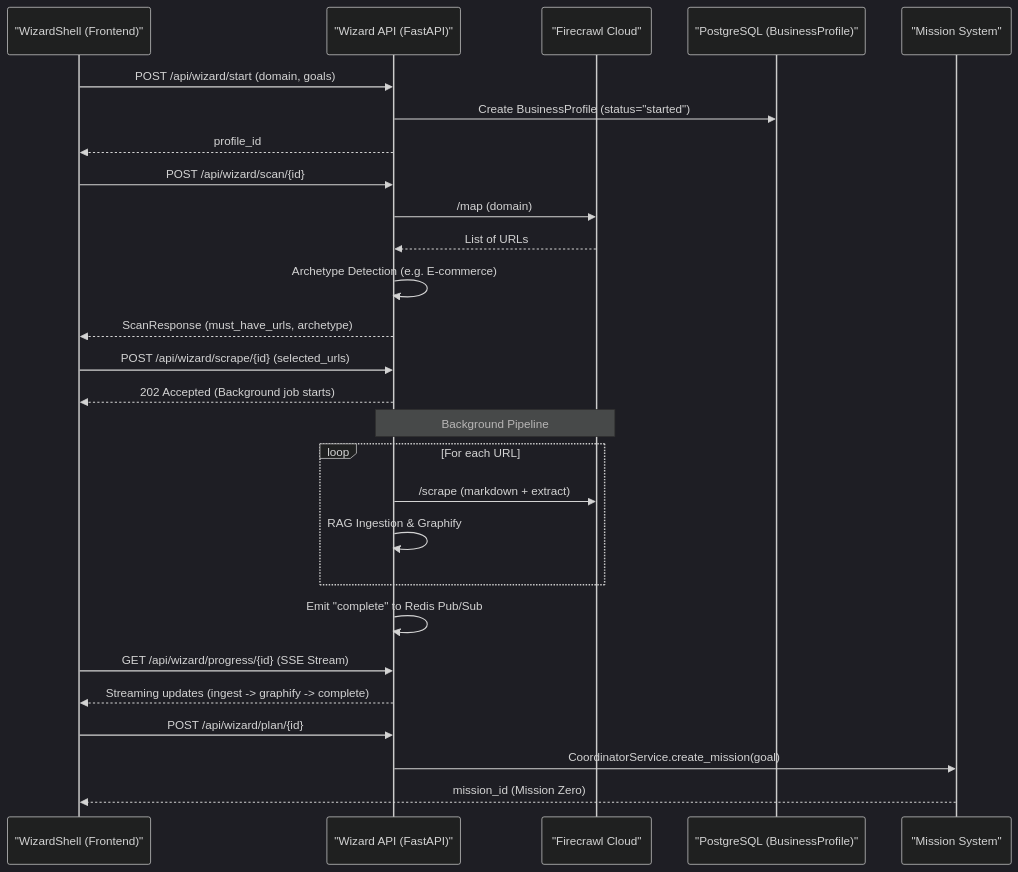
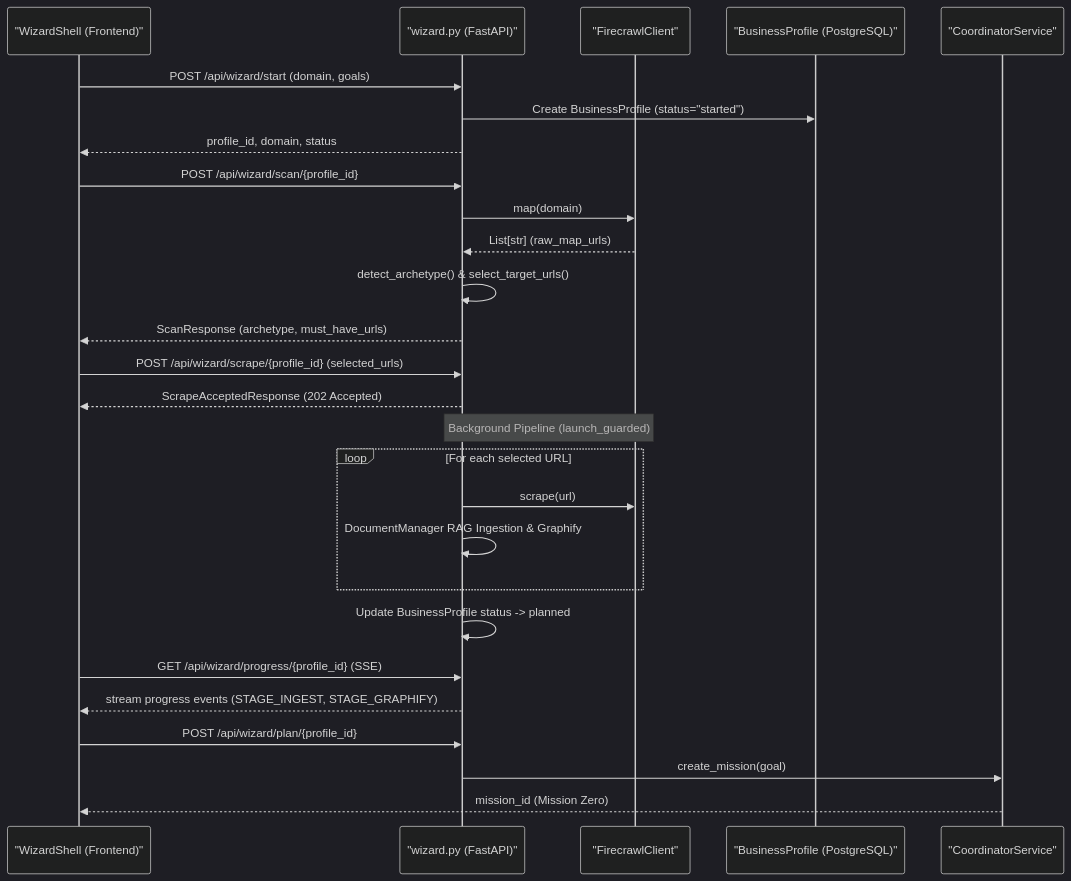
One commit to AutomatosAI/automatos-ai changed the first of 2 diagrams in docs/getting-started/business-intake-wizard.md. Above: the diagram before and after it, drawn with Mermaid (dark theme). The commit also changed other lines of this file and 191 other files, not shown here.

````diff
--- a/docs/getting-started/business-intake-wizard.md
+++ b/docs/getting-started/business-intake-wizard.md
@@ -63,35 +46,35 @@
 ```mermaid
 sequenceDiagram
     participant UI as "WizardShell (Frontend)"
-    participant API as "Wizard API (FastAPI)"
-    participant FC as "Firecrawl Cloud"
-    participant DB as "PostgreSQL (BusinessProfile)"
-    participant MS as "Mission System"
+    participant API as "wizard.py (FastAPI)"
+    participant FC as "FirecrawlClient"
+    participant DB as "BusinessProfile (PostgreSQL)"
+    participant MS as "CoordinatorService"
 
     UI->>API: POST /api/wizard/start (domain, goals)
     API->>DB: Create BusinessProfile (status="started")
-    API-->>UI: profile_id
+    API-->>UI: profile_id, domain, status
 
-    UI->>API: POST /api/wizard/scan/{id}
-    API->>FC: /map (domain)
-    FC-->>API: List of URLs
-    API->>API: Archetype Detection (e.g. E-commerce)
-    API-->>UI: ScanResponse (must_have_urls, archetype)
+    UI->>API: POST /api/wizard/scan/{profile_id}
+    API->>FC: map(domain)
+    FC-->>API: List[str] (raw_map_urls)
+    API->>API: detect_archetype() & select_target_urls()
+    API-->>UI: ScanResponse (archetype, must_have_urls)
 
-    UI->>API: POST /api/wizard/scrape/{id} (selected_urls)
-    API-->>UI: 202 Accepted (Background job starts)
+    UI->>API: POST /api/wizard/scrape/{profile_id} (selected_urls)
+    API-->>UI: ScrapeAcceptedResponse (202 Accepted)
     
-    Note over API, FC: Background Pipeline
-    loop For each URL
-        API->>FC: /scrape (markdown + extract)
-        API->>API: RAG Ingestion & Graphify
+    Note over API, FC: Background Pipeline (launch_guarded)
+    loop For each selected URL
+        API->>FC: scrape(url)
+        API->>API: DocumentManager RAG Ingestion & Graphify
     end
-    API->>API: Emit "complete" to Redis Pub/Sub
+    API->>API: Update BusinessProfile status -> planned
 
-    UI->>API: GET /api/wizard/progress/{id} (SSE Stream)
-    API-->>UI: Streaming updates (ingest -> graphify -> complete)
+    UI->>API: GET /api/wizard/progress/{profile_id} (SSE)
+    API-->>UI: stream progress events (STAGE_INGEST, STAGE_GRAPHIFY)
 
-    UI->>API: POST /api/wizard/plan/{id}
-    API->>MS: CoordinatorService.create_mission(goal)
+    UI->>API: POST /api/wizard/plan/{profile_id}
+    API->>MS: create_mission(goal)
     MS-->>UI: mission_id (Mission Zero)
 ```
````
